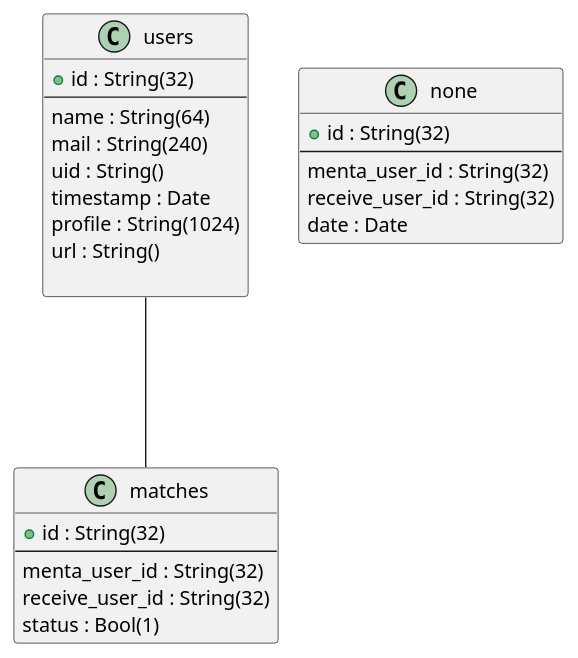
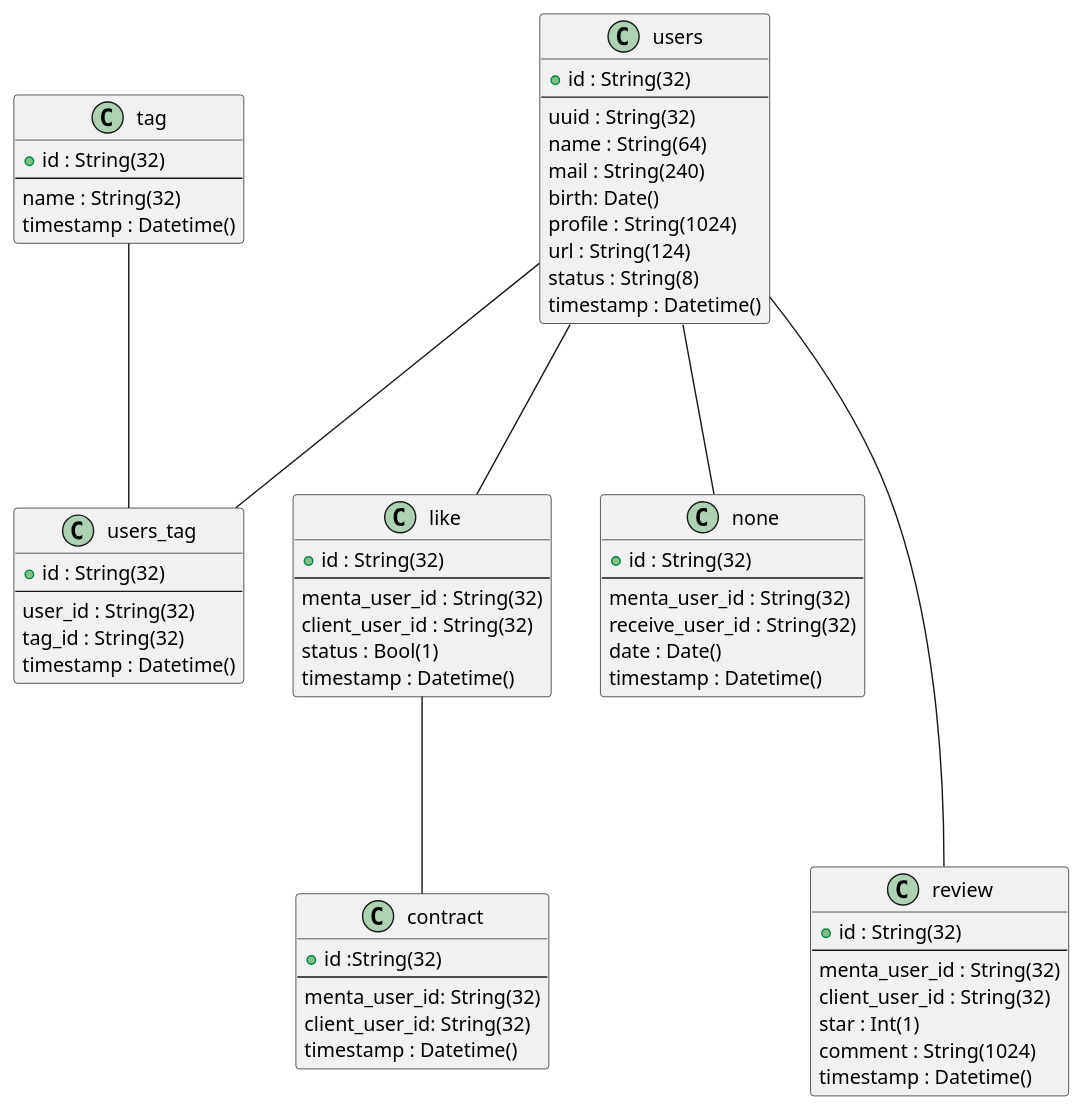
Before and after one commit to mitsuYashi/Mynt: the diagram in er.pu, drawn with PlantUML. The commit also changed 1 other file, not shown here.

Commit message:
add:ER図作成

```diff
--- a/er.pu
+++ b/er.pu
@@ -1,37 +1,100 @@
-@startuml
+@startuml ER
 
 class users {
     + id : String(32)
     ---
+    uuid : String(32)
     name : String(64)
-    mail : String(240)
-    uid : String()
-    timestamp : Date
+    mail : String(240) 
+    birth: Date()
     profile : String(1024)
-    url : String()
-    
+    url : String(124)
+    status : String(8)
+    timestamp : Datetime()
 }
+/'
+    date: 誕生日
+    profile: ポートフォリオ
+    url:  youtube url
+    status: mentaかclientか
+'/
 
-
-class matches {
+class review {
     + id : String(32)
     ---
     menta_user_id : String(32)
-    receive_user_id : String(32)
+    client_user_id : String(32)
+    star : Int(1)
+    comment : String(1024)
+    timestamp : Datetime()
+}
+
+class tag {
+    + id : String(32)
+    ---
+    name : String(32)
+    timestamp : Datetime()
+}
+/'
+    分野
+'/
+
+class users_tag {
+    + id : String(32)
+    ---
+    user_id : String(32)
+    tag_id : String(32)
+    timestamp : Datetime()
+}
+/'
+    userとタグの関連付け
+'/  
+
+class like {
+    ' 契約前
+    + id : String(32)
+    ---
+    menta_user_id : String(32)
+    client_user_id : String(32)
     status : Bool(1)
+    timestamp : Datetime()
 }
+/'
+    契約前
+    menta_user_id: サービス提供者
+    client_user_id: 依頼者
+    status: 1で有効0で無効
+'/
+
+class contract {
+    + id :String(32)
+    ---
+    menta_user_id: String(32)
+    client_user_id: String(32)
+    timestamp : Datetime()
+}
+/'
+    契約済み
+'/
 
 class none {
     + id : String(32)
     ---
     menta_user_id : String(32)
     receive_user_id : String(32)
-    date : Date
+    date : Date()
+    timestamp : Datetime()
 }
+/'
+    noneされた人
+    一か月表示しない
+'/
 
-' class chat {
 
-' }
-
-users --- matches
+users --- like
+like --- contract
+users --- none
+tag --- users_tag
+users --- users_tag
+users ----- review
 @enduml
```
